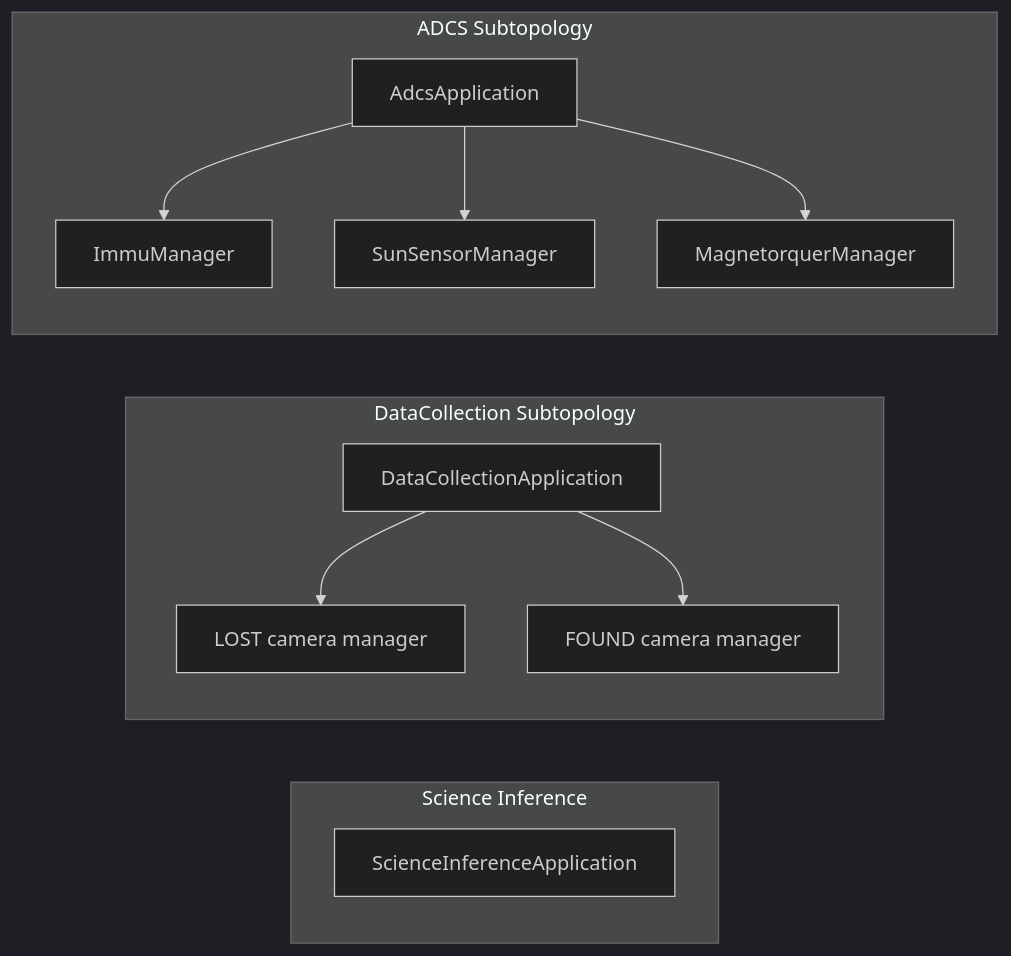
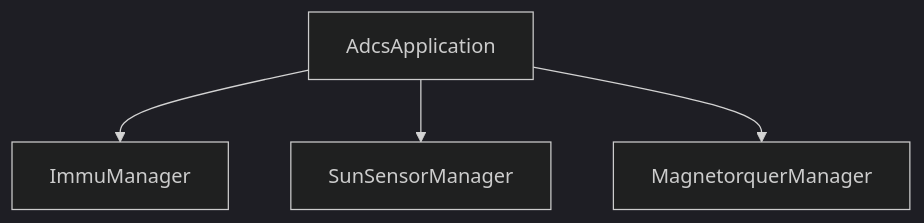
Before and after one commit to UWCubeSat/hs2-software-design: the first of 6 diagrams in docs/Reference/Introduction/SubtopologyDecomposition.qmd, drawn with Mermaid (dark theme). The commit also changed other lines of this file and 64 other files, not shown here.

````diff
--- a/docs/Reference/Introduction/SubtopologyDecomposition.qmd
+++ b/docs/Reference/Introduction/SubtopologyDecomposition.qmd
@@ -7,30 +7,10 @@
 ```{mermaid}
 flowchart TB
-    subgraph ADCS["ADCS Subtopology"]
-        direction TB
-        AdcsApp["AdcsApplication"]
-        Immu["ImmuManager"]
-        SunSensor["SunSensorManager"]
-        Mtq["MagnetorquerManager"]
-        AdcsApp --> Immu
-        AdcsApp --> SunSensor
-        AdcsApp --> Mtq
-    end
-
-    subgraph DC["DataCollection Subtopology"]
-        direction TB
-        DCApp["DataCollectionApplication"]
-        Cam1["LOST camera manager"]
-        Cam2["FOUND camera manager"]
-        DCApp --> Cam1
-        DCApp --> Cam2
-    end
-
-    subgraph SI["Science Inference"]
-        direction TB
-        SIApp["ScienceInferenceApplication"]
-    end
-
-    ADCS ~~~ DC
-    DC ~~~ SI
+    AdcsApp["AdcsApplication"]
+    Immu["ImmuManager"]
+    SunSensor["SunSensorManager"]
+    Mtq["MagnetorquerManager"]
+    AdcsApp --> Immu
+    AdcsApp --> SunSensor
+    AdcsApp --> Mtq
 ```
````
